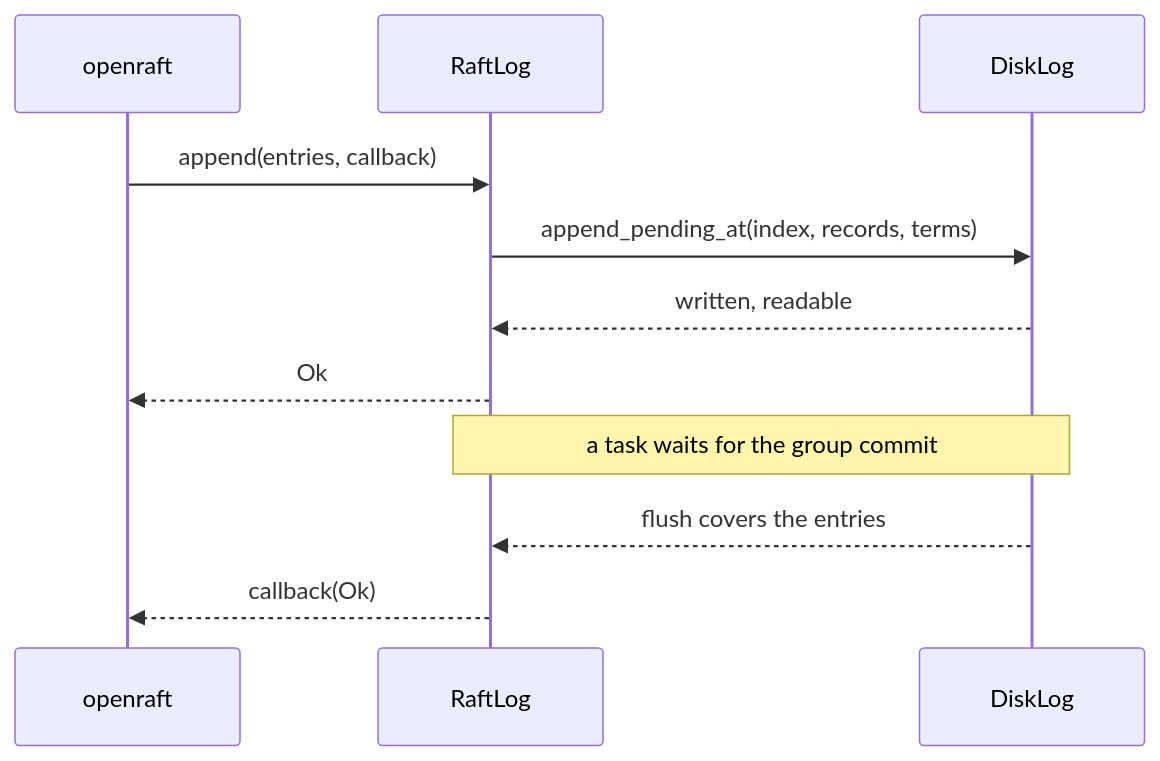
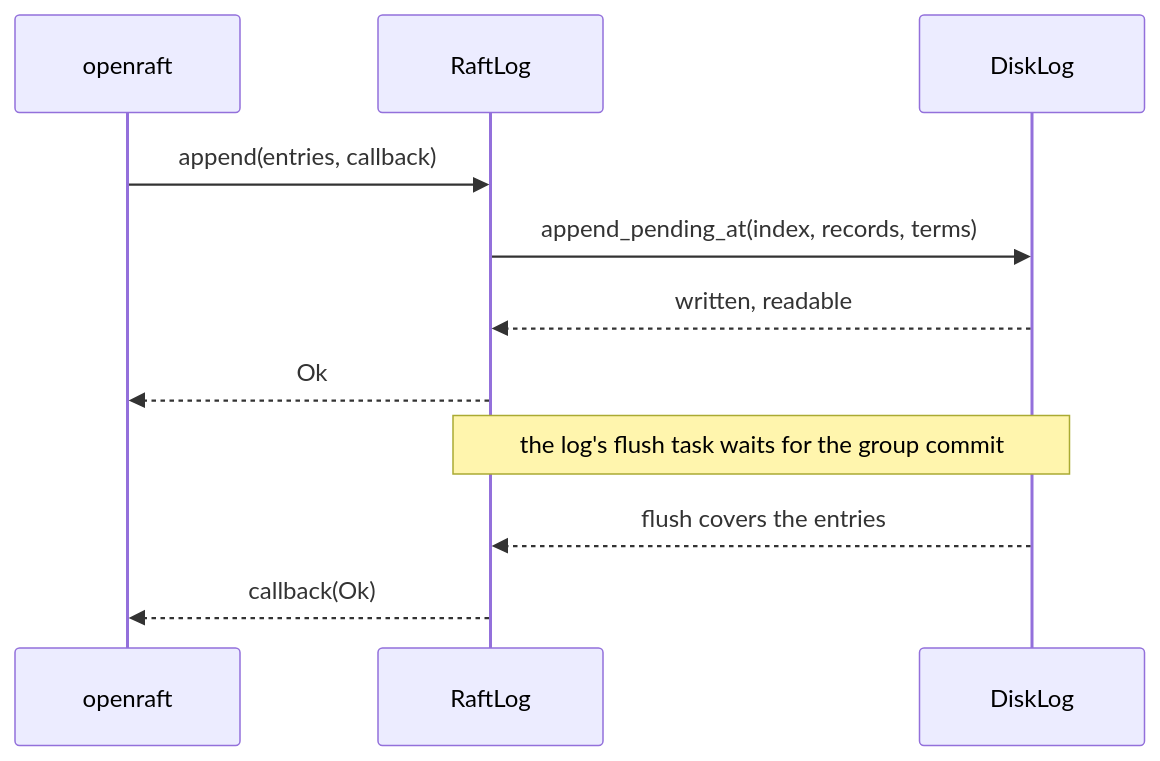
One commit to GetFelix/felix changed the second of 3 diagrams in docs/replication-engine.md. Above: the diagram before and after it, drawn with Mermaid. The commit also changed other lines of this file and 15 other files, not shown here.

First line of the commit message:
perf(storage): Raft log flush queue and tail cache (#2233)

````diff
--- a/docs/replication-engine.md
+++ b/docs/replication-engine.md
@@ -343,13 +343,13 @@
 ```mermaid
 sequenceDiagram
     participant R as openraft
     participant A as RaftLog
     participant D as DiskLog
     R->>A: append(entries, callback)
     A->>D: append_pending_at(index, records, terms)
     D-->>A: written, readable
     A-->>R: Ok
-    Note over A,D: a task waits for the group commit
+    Note over A,D: the log's flush task waits for the group commit
     D-->>A: flush covers the entries
     A-->>R: callback(Ok)
 ```
````
